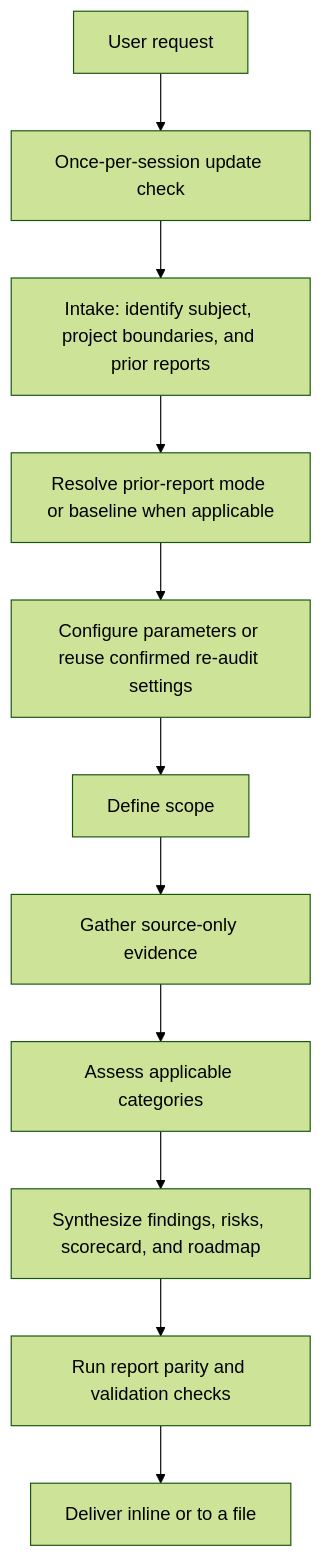
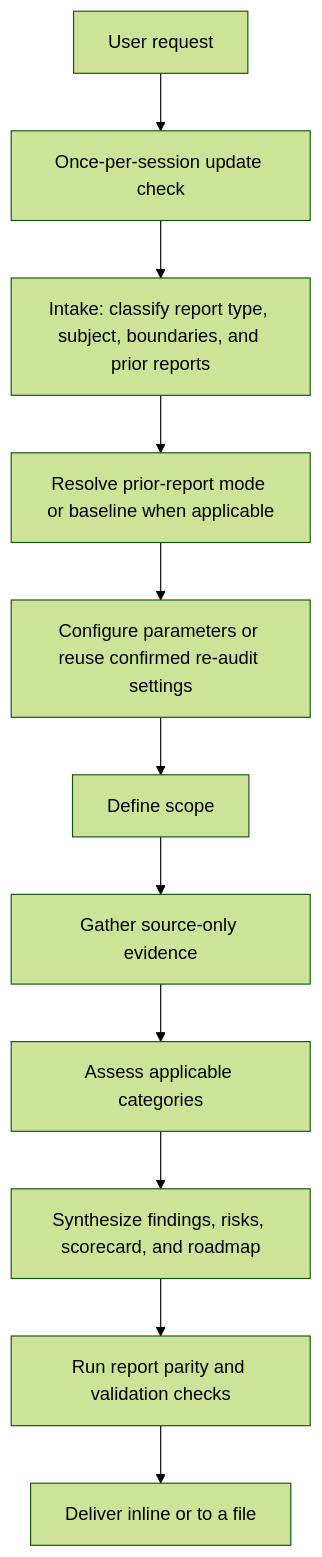
Before and after one commit to zoltraks/lens-skill: the diagram in README.md, drawn with Mermaid (forest theme). The commit also changed other lines of this file and 14 other files, not shown here.

````diff
--- a/README.md
+++ b/README.md
@@ -299,13 +318,13 @@
 ```mermaid
 flowchart TD
     A[User request] --> B[Once-per-session update check]
-    B --> C[Intake: identify subject, project boundaries, and prior reports]
+    B --> C[Intake: classify report type, subject, boundaries, and prior reports]
     C --> D[Resolve prior-report mode or baseline when applicable]
     D --> E[Configure parameters or reuse confirmed re-audit settings]
     E --> F[Define scope]
     F --> G[Gather source-only evidence]
     G --> H[Assess applicable categories]
     H --> I[Synthesize findings, risks, scorecard, and roadmap]
     I --> J[Run report parity and validation checks]
     J --> K[Deliver inline or to a file]
 ```
````
